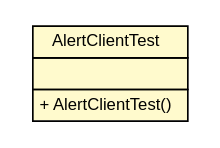
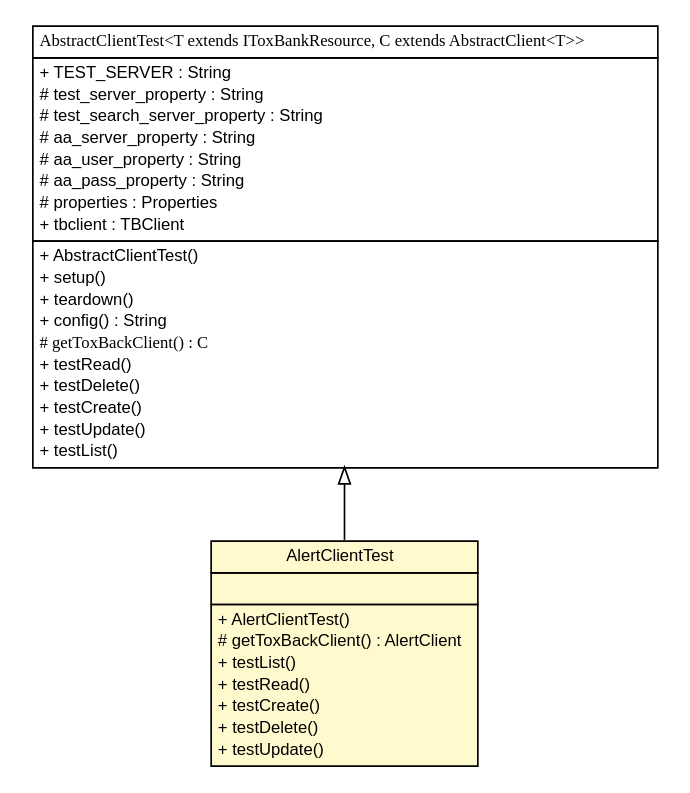
The diagram in testapidocs/net/toxbank/client/resource/AlertClientTest.dot (ToxBank/toxbank-api-client), drawn with Graphviz before and after one commit. The commit also changed 329 other files, not shown here.

```diff
--- a/testapidocs/net/toxbank/client/resource/AlertClientTest.dot
+++ b/testapidocs/net/toxbank/client/resource/AlertClientTest.dot
@@ -1,22 +1,58 @@
 #!/usr/local/bin/dot
 #
 # Class diagram 
 # Generated by UmlGraph version 4.6 (http://www.spinellis.gr/sw/umlgraph)
 #
 
 digraph G {
 	edge [fontname="arial",fontsize=10,labelfontname="arial",labelfontsize=10];
 	node [fontname="arial",fontsize=10,shape=plaintext];
 	// net.toxbank.client.resource.AlertClientTest
-	c118 [label=<<table border="0" cellborder="1" cellspacing="0" cellpadding="2" port="p" bgcolor="lemonChiffon" href="./AlertClientTest.html">
+	c141 [label=<<table border="0" cellborder="1" cellspacing="0" cellpadding="2" port="p" bgcolor="lemonChiffon" href="./AlertClientTest.html">
 		<tr><td><table border="0" cellspacing="0" cellpadding="1">
 			<tr><td> AlertClientTest </td></tr>
 		</table></td></tr>
 		<tr><td><table border="0" cellspacing="0" cellpadding="1">
 			<tr><td align="left">  </td></tr>
 		</table></td></tr>
 		<tr><td><table border="0" cellspacing="0" cellpadding="1">
 			<tr><td align="left"> + AlertClientTest() </td></tr>
+			<tr><td align="left"> # getToxBackClient() : AlertClient </td></tr>
+			<tr><td align="left"> + testList() </td></tr>
+			<tr><td align="left"> + testRead() </td></tr>
+			<tr><td align="left"> + testCreate() </td></tr>
+			<tr><td align="left"> + testDelete() </td></tr>
+			<tr><td align="left"> + testUpdate() </td></tr>
 		</table></td></tr>
 		</table>>, fontname="arial", fontcolor="black", fontsize=10.0];
+	// net.toxbank.client.resource.AbstractClientTest<T extends net.toxbank.client.resource.IToxBankResource, C extends net.toxbank.client.resource.AbstractClient<T>>
+	c143 [label=<<table border="0" cellborder="1" cellspacing="0" cellpadding="2" port="p" href="./AbstractClientTest.html">
+		<tr><td><table border="0" cellspacing="0" cellpadding="1">
+			<tr><td><font face="ariali"> AbstractClientTest&lt;T extends IToxBankResource, C extends AbstractClient&lt;T&gt;&gt; </font></td></tr>
+		</table></td></tr>
+		<tr><td><table border="0" cellspacing="0" cellpadding="1">
+			<tr><td align="left"> + TEST_SERVER : String </td></tr>
+			<tr><td align="left"> # test_server_property : String </td></tr>
+			<tr><td align="left"> # test_search_server_property : String </td></tr>
+			<tr><td align="left"> # aa_server_property : String </td></tr>
+			<tr><td align="left"> # aa_user_property : String </td></tr>
+			<tr><td align="left"> # aa_pass_property : String </td></tr>
+			<tr><td align="left"> # properties : Properties </td></tr>
+			<tr><td align="left"> + tbclient : TBClient </td></tr>
+		</table></td></tr>
+		<tr><td><table border="0" cellspacing="0" cellpadding="1">
+			<tr><td align="left"> + AbstractClientTest() </td></tr>
+			<tr><td align="left"> + setup() </td></tr>
+			<tr><td align="left"> + teardown() </td></tr>
+			<tr><td align="left"> + config() : String </td></tr>
+			<tr><td align="left"><font face="ariali" point-size="10.0"> # getToxBackClient() : C </font></td></tr>
+			<tr><td align="left"> + testRead() </td></tr>
+			<tr><td align="left"> + testDelete() </td></tr>
+			<tr><td align="left"> + testCreate() </td></tr>
+			<tr><td align="left"> + testUpdate() </td></tr>
+			<tr><td align="left"> + testList() </td></tr>
+		</table></td></tr>
+		</table>>, fontname="arial", fontcolor="black", fontsize=10.0];
+	//net.toxbank.client.resource.AlertClientTest extends net.toxbank.client.resource.AbstractClientTest<net.toxbank.client.resource.Alert, net.toxbank.client.resource.AlertClient>
+	c143:p -> c141:p [dir=back,arrowtail=empty];
 }
```
